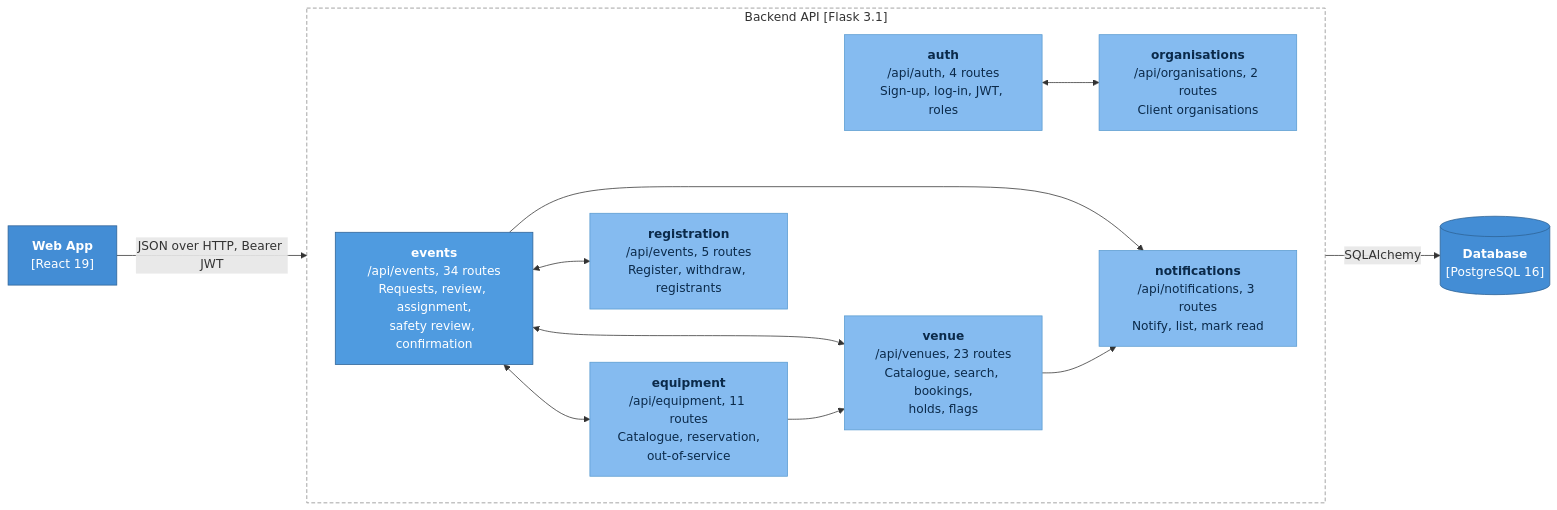
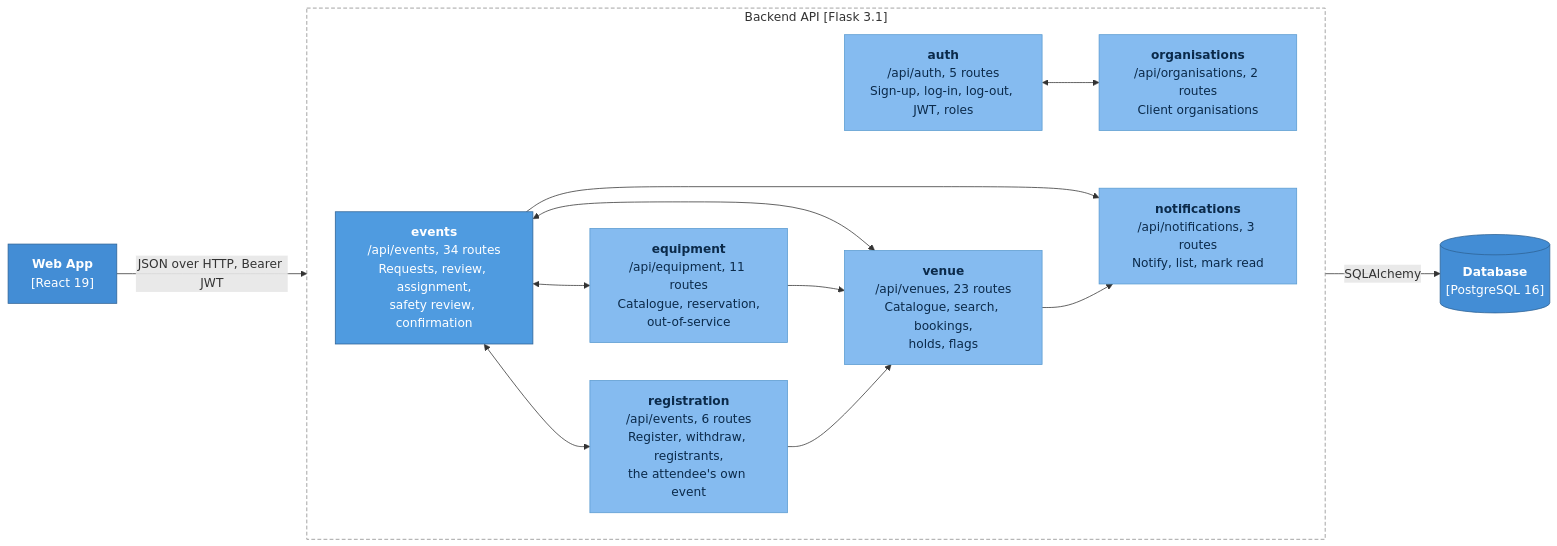
One commit to cheekfg897/SPM-Software-Project-Management- changed the first of 2 diagrams in docs/architecture/03-c4-components.md. Above: the diagram before and after it, drawn with Mermaid. The commit also changed 7 other files, not shown here.

First line of the commit message:
docs(SCRUM-78): draw what main gained since 27 Oct in the architecture diagrams

````diff
--- a/docs/architecture/03-c4-components.md
+++ b/docs/architecture/03-c4-components.md
@@ -9,33 +9,34 @@
 ```mermaid
 flowchart LR
   classDef container fill:#438dd5,stroke:#2e6295,color:#ffffff
   classDef comp fill:#85bbf0,stroke:#5a9bd0,color:#0b2a4a
   classDef hub fill:#4f9be0,stroke:#2e6295,color:#ffffff
 
   web["<b>Web App</b><br/>[React 19]"]:::container
   db[("<b>Database</b><br/>[PostgreSQL 16]")]:::container
 
   subgraph api["Backend API [Flask 3.1]"]
     direction LR
-    auth["<b>auth</b><br/>/api/auth, 4 routes<br/>Sign-up, log-in, JWT, roles"]:::comp
+    auth["<b>auth</b><br/>/api/auth, 5 routes<br/>Sign-up, log-in, log-out, JWT, roles"]:::comp
     orgs["<b>organisations</b><br/>/api/organisations, 2 routes<br/>Client organisations"]:::comp
     events["<b>events</b><br/>/api/events, 34 routes<br/>Requests, review, assignment,<br/>safety review, confirmation"]:::hub
     venue["<b>venue</b><br/>/api/venues, 23 routes<br/>Catalogue, search, bookings,<br/>holds, flags"]:::comp
     equipment["<b>equipment</b><br/>/api/equipment, 11 routes<br/>Catalogue, reservation,<br/>out-of-service"]:::comp
-    registration["<b>registration</b><br/>/api/events, 5 routes<br/>Register, withdraw, registrants"]:::comp
+    registration["<b>registration</b><br/>/api/events, 6 routes<br/>Register, withdraw, registrants,<br/>the attendee's own event"]:::comp
     notifications["<b>notifications</b><br/>/api/notifications, 3 routes<br/>Notify, list, mark read"]:::comp
   end
 
   web -->|"JSON over HTTP, Bearer JWT"| api
   api -->|"SQLAlchemy"| db
 
   auth <--> orgs
   events <--> venue
   events <--> equipment
   events <--> registration
   events --> notifications
   venue --> notifications
   equipment --> venue
+  registration --> venue
 
   style api fill:none,stroke:#888888,stroke-dasharray:5 3
 ```
````
